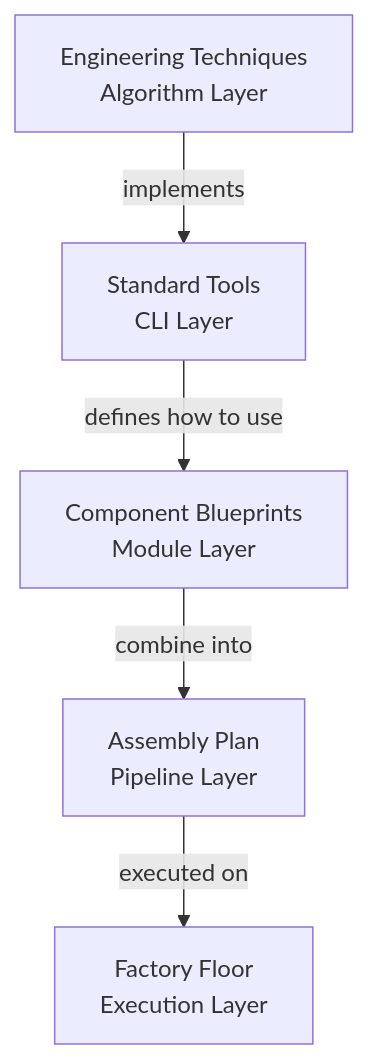
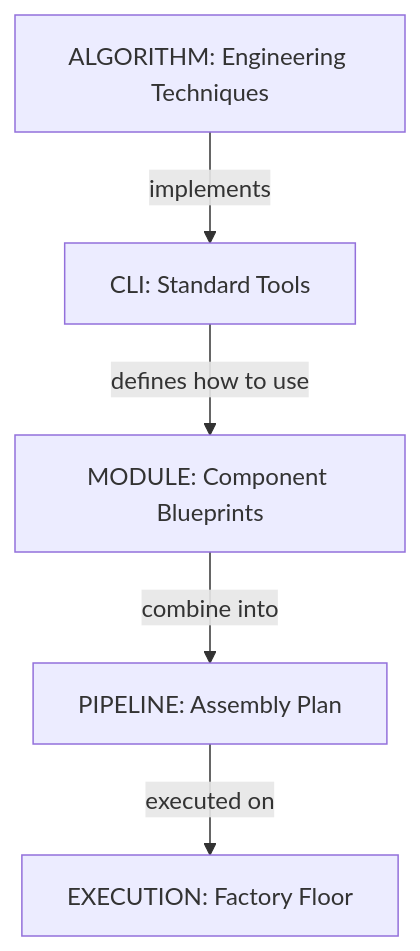
Before and after one commit to broadinstitute/starrynight: the diagram in docs/architecture/07_architecture_for_biologists.md, drawn with Mermaid. The commit also changed other lines of this file, not shown here.

Commit message:
doc(starrynight): architecture - biologists

````diff
--- a/docs/architecture/07_architecture_for_biologists.md
+++ b/docs/architecture/07_architecture_for_biologists.md
@@ -176,7 +176,7 @@
 ```mermaid
 flowchart TD
-    A[Engineering Techniques\nAlgorithm Layer] -->|implements| B[Standard Tools\nCLI Layer]
-    B -->|defines how to use| C[Component Blueprints\nModule Layer]
-    C -->|combine into| D[Assembly Plan\nPipeline Layer]
-    D -->|executed on| E[Factory Floor\nExecution Layer]
+    A[ALGORITHM: Engineering Techniques] -->|implements| B[CLI: Standard Tools]
+    B -->|defines how to use| C[MODULE: Component Blueprints]
+    C -->|combine into| D[PIPELINE: Assembly Plan]
+    D -->|executed on| E[EXECUTION: Factory Floor]
 ```
````
